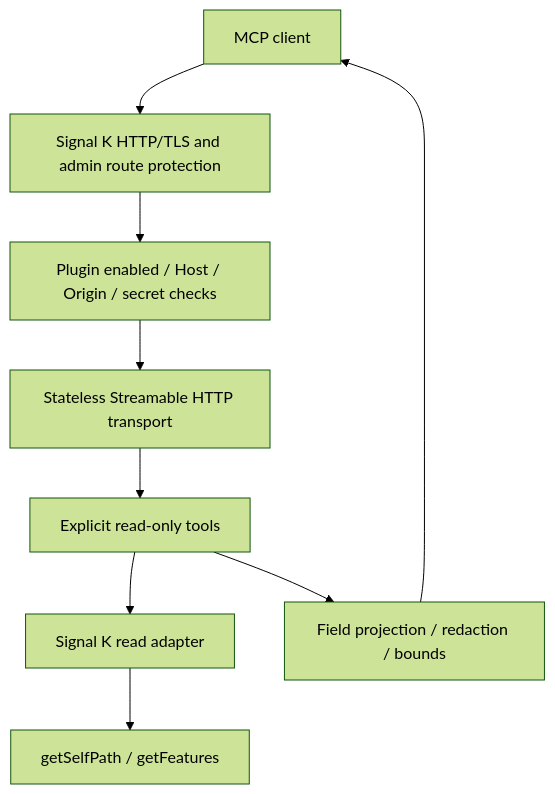
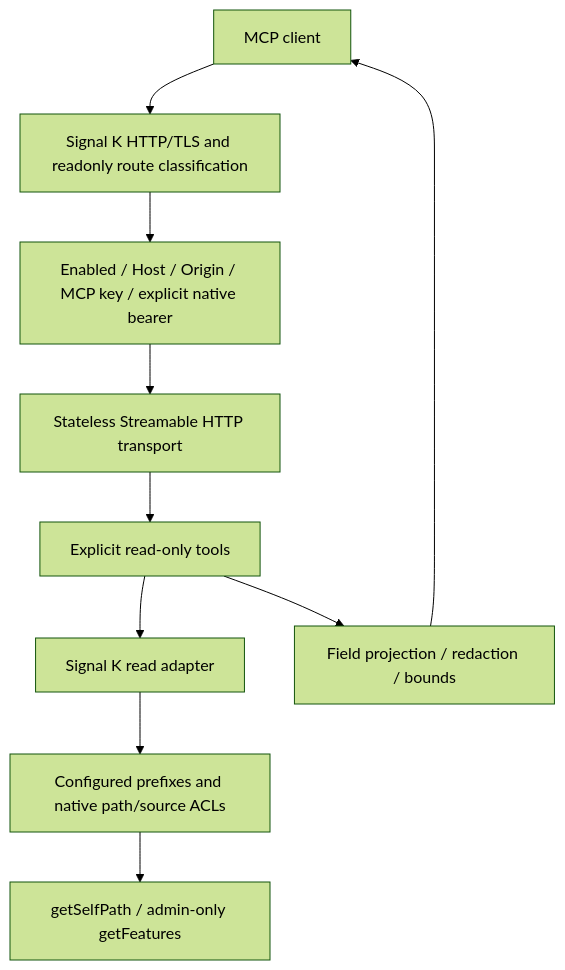
One commit to eriksnijder/signalk-mcp-ops changed the diagram in ARCHITECTURE.md. Above: the diagram before and after it, drawn with Mermaid (forest theme). The commit also changed other lines of this file and 23 other files, not shown here.

Commit message:
Add native read-only user and path/source permission support

````diff
--- a/ARCHITECTURE.md
+++ b/ARCHITECTURE.md
@@ -3,11 +3,12 @@
 ```mermaid
 flowchart TD
-  Client[MCP client] --> HTTP[Signal K HTTP/TLS and admin route protection]
-  HTTP --> Guard[Plugin enabled / Host / Origin / secret checks]
+  Client[MCP client] --> HTTP[Signal K HTTP/TLS and readonly route classification]
+  HTTP --> Guard[Enabled / Host / Origin / MCP key / explicit native bearer]
   Guard --> Transport[Stateless Streamable HTTP transport]
   Transport --> Tools[Explicit read-only tools]
   Tools --> Adapter[Signal K read adapter]
-  Adapter --> Public[getSelfPath / getFeatures]
+  Adapter --> Policy[Configured prefixes and native path/source ACLs]
+  Policy --> Public[getSelfPath / admin-only getFeatures]
   Tools --> Output[Field projection / redaction / bounds]
   Output --> Client
 ```
````
